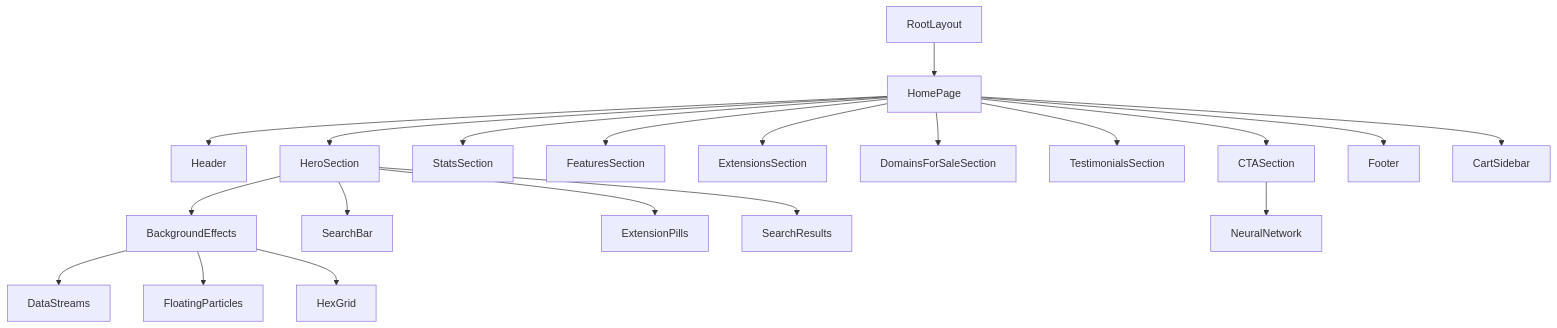
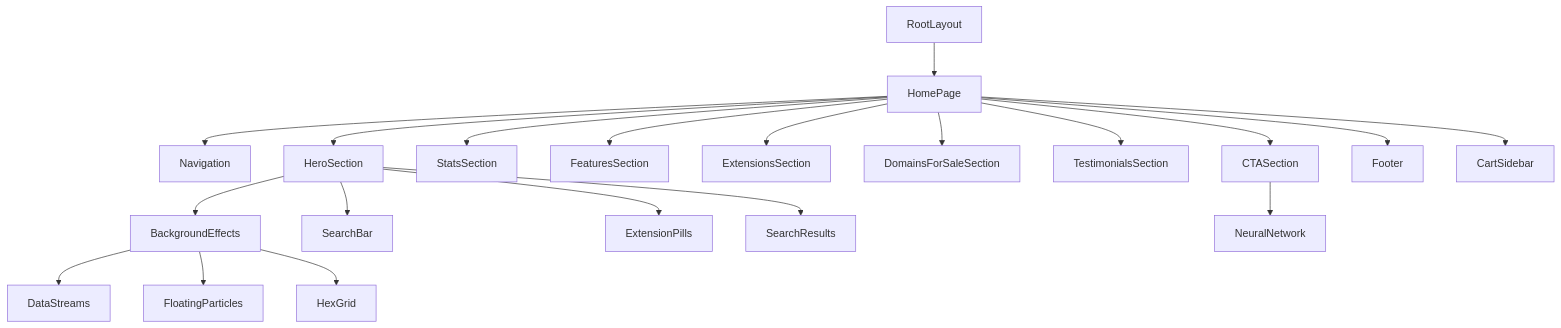
One commit to AbdelrahmanSalemQotb/Domain changed the diagram in .kiro/specs/nextjs-migration/design.md. Above: the diagram before and after it, drawn with Mermaid. The commit also changed other lines of this file and 28 other files, not shown here.

````diff
--- a/.kiro/specs/nextjs-migration/design.md
+++ b/.kiro/specs/nextjs-migration/design.md
@@ -33,25 +43,25 @@
 ```mermaid
 graph TD
     A[RootLayout] --> B[HomePage]
-    B --> C[Header]
+    B --> C[Navigation]
     B --> D[HeroSection]
     B --> E[StatsSection]
     B --> F[FeaturesSection]
     B --> G[ExtensionsSection]
     B --> H[DomainsForSaleSection]
     B --> I[TestimonialsSection]
     B --> J[CTASection]
     B --> K[Footer]
     B --> L[CartSidebar]
 
     D --> M[BackgroundEffects]
     M --> N[DataStreams]
     M --> O[FloatingParticles]
     M --> P[HexGrid]
 
     D --> Q[SearchBar]
     D --> R[ExtensionPills]
     D --> S[SearchResults]
 
     J --> T[NeuralNetwork]
 ```
````
